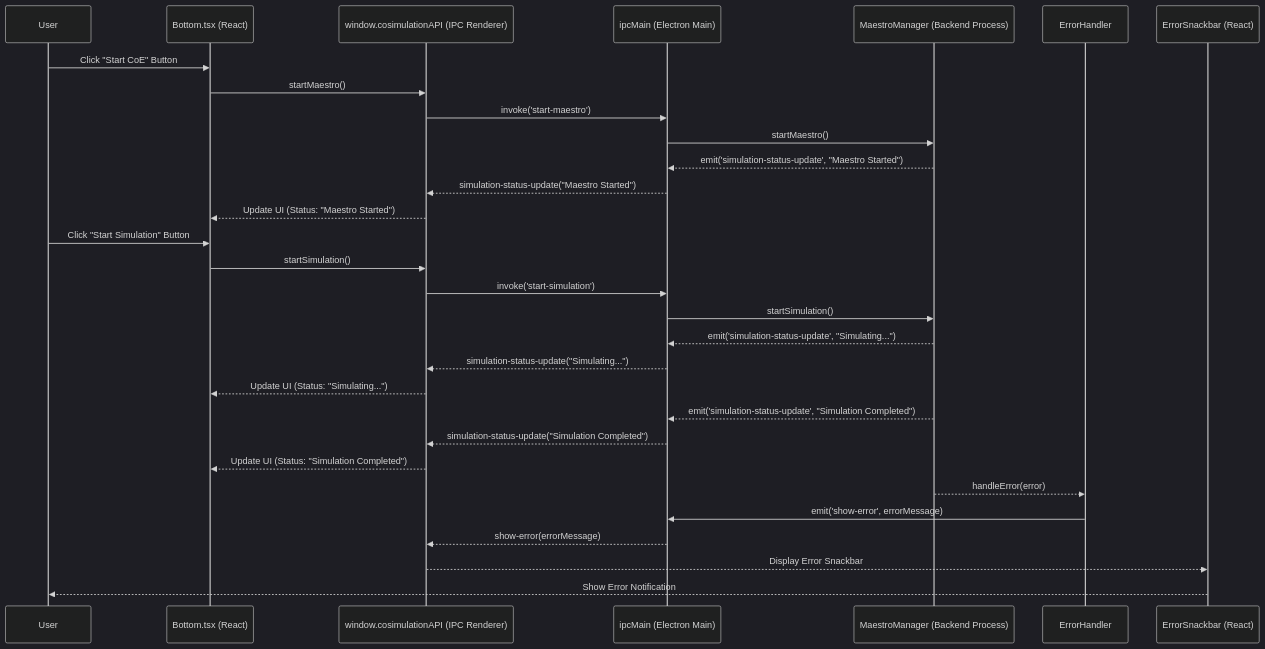
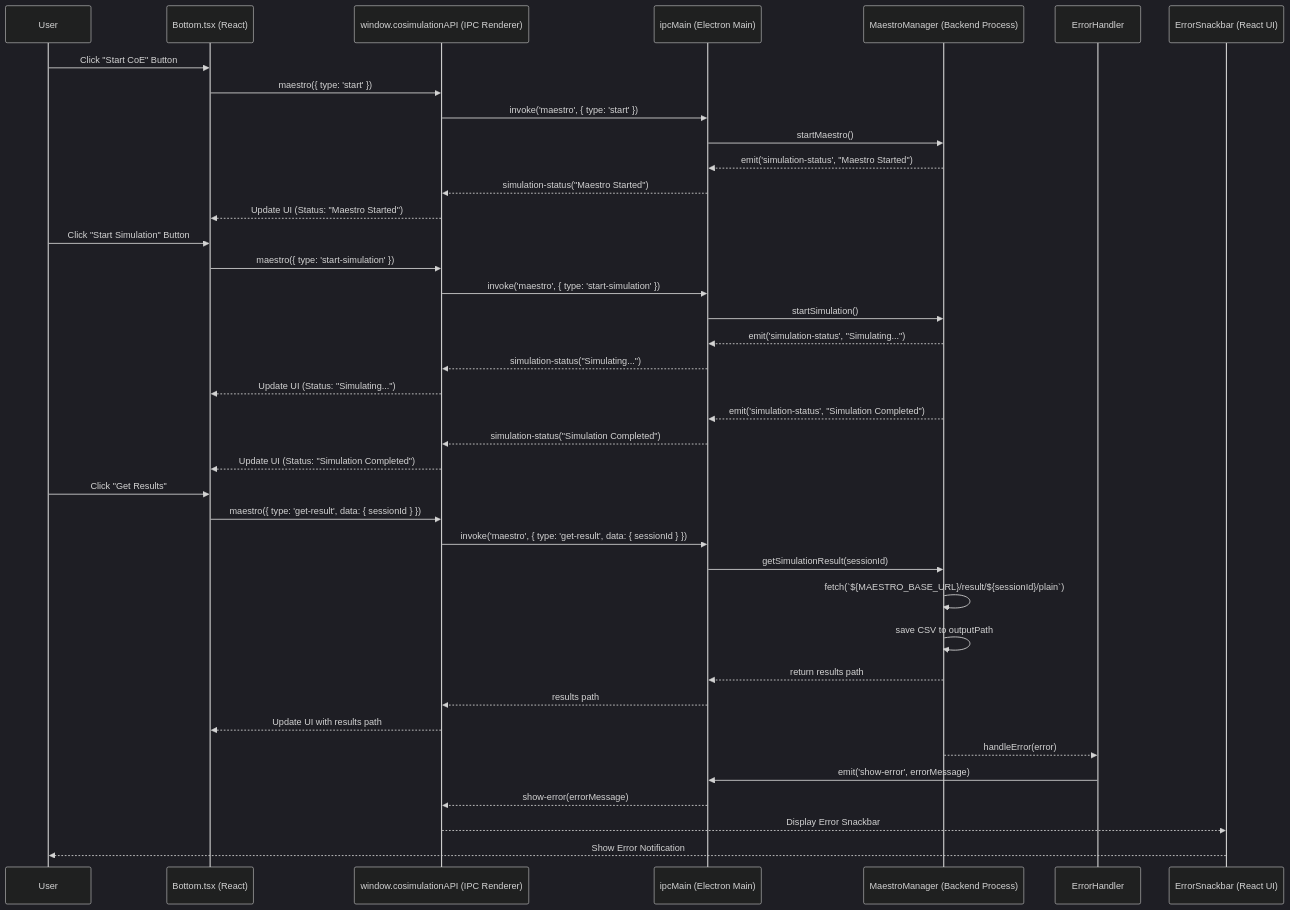
Before and after one commit to INTO-CPS-Association/into-cps-application: the sixth of 6 diagrams in docs/APPLICATION LAYERS.md, drawn with Mermaid (dark theme). The commit also changed other lines of this file and 6 other files, not shown here.

````diff
--- a/docs/APPLICATION LAYERS.md
+++ b/docs/APPLICATION LAYERS.md
@@ -389,40 +441,52 @@
 ```mermaid
 sequenceDiagram
+    %% Participants %%
     participant User as User
     participant Bottom as Bottom.tsx (React)
     participant CosimAPI as window.cosimulationAPI (IPC Renderer)
     participant IPCMain as ipcMain (Electron Main)
     participant Maestro as MaestroManager (Backend Process)
     participant ErrorHandler as ErrorHandler
-    participant Snackbar as ErrorSnackbar (React)
+    participant Snackbar as ErrorSnackbar (React UI)
 
     %% 1. User Starts Maestro %%
     User->>Bottom: Click "Start CoE" Button
-    Bottom->>CosimAPI: startMaestro()
-    CosimAPI->>IPCMain: invoke('start-maestro')
+    Bottom->>CosimAPI: maestro({ type: 'start' })
+    CosimAPI->>IPCMain: invoke('maestro', { type: 'start' })
     IPCMain->>Maestro: startMaestro()
-    Maestro-->>IPCMain: emit('simulation-status-update', "Maestro Started")
-    IPCMain-->>CosimAPI: simulation-status-update("Maestro Started")
+    Maestro-->>IPCMain: emit('simulation-status', "Maestro Started")
+    IPCMain-->>CosimAPI: simulation-status("Maestro Started")
     CosimAPI-->>Bottom: Update UI (Status: "Maestro Started")
 
     %% 2. Running Simulation %%
     User->>Bottom: Click "Start Simulation" Button
-    Bottom->>CosimAPI: startSimulation()
-    CosimAPI->>IPCMain: invoke('start-simulation')
+    Bottom->>CosimAPI: maestro({ type: 'start-simulation' })
+    CosimAPI->>IPCMain: invoke('maestro', { type: 'start-simulation' })
     IPCMain->>Maestro: startSimulation()
-    Maestro-->>IPCMain: emit('simulation-status-update', "Simulating...")
-    IPCMain-->>CosimAPI: simulation-status-update("Simulating...")
+    Maestro-->>IPCMain: emit('simulation-status', "Simulating...")
+    IPCMain-->>CosimAPI: simulation-status("Simulating...")
     CosimAPI-->>Bottom: Update UI (Status: "Simulating...")
 
     %% 3. Simulation Completed %%
-    Maestro-->>IPCMain: emit('simulation-status-update', "Simulation Completed")
-    IPCMain-->>CosimAPI: simulation-status-update("Simulation Completed")
+    Maestro-->>IPCMain: emit('simulation-status', "Simulation Completed")
+    IPCMain-->>CosimAPI: simulation-status("Simulation Completed")
     CosimAPI-->>Bottom: Update UI (Status: "Simulation Completed")
 
-    %% 4. Error Handling %%
+    %% 4. Fetching Results %%
+    User->>Bottom: Click "Get Results"
+    Bottom->>CosimAPI: maestro({ type: 'get-result', data: { sessionId } })
+    CosimAPI->>IPCMain: invoke('maestro', { type: 'get-result', data: { sessionId } })
+    IPCMain->>Maestro: getSimulationResult(sessionId)
+    Maestro->>Maestro: fetch(`${MAESTRO_BASE_URL}/result/${sessionId}/plain`)
+    Maestro->>Maestro: save CSV to outputPath
+    Maestro-->>IPCMain: return results path
+    IPCMain-->>CosimAPI: results path
+    CosimAPI-->>Bottom: Update UI with results path
+
+    %% 5. Error Handling %%
     Maestro-->>ErrorHandler: handleError(error)
     ErrorHandler->>IPCMain: emit('show-error', errorMessage)
     IPCMain-->>CosimAPI: show-error(errorMessage)
     CosimAPI-->>Snackbar: Display Error Snackbar
     Snackbar-->>User: Show Error Notification
 ```
````
